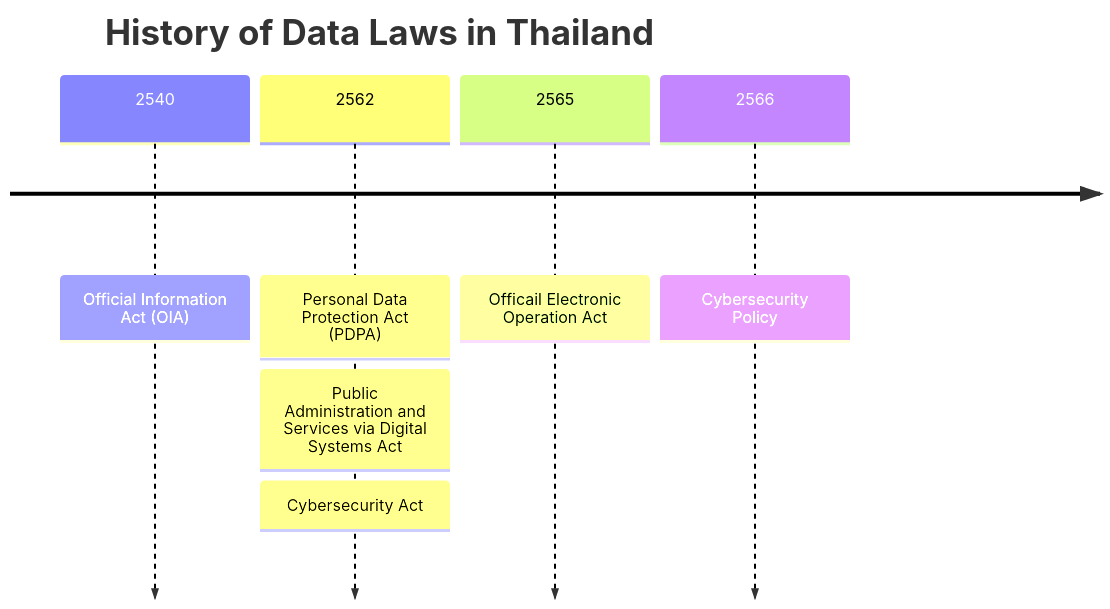
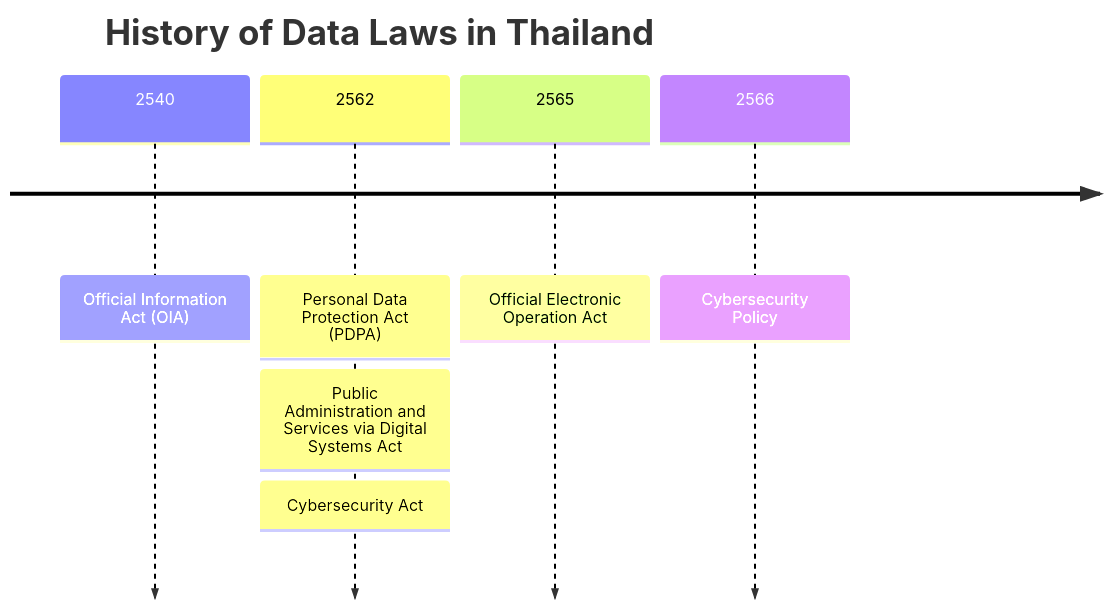
The first of 9 diagrams in README.md (Kietpawpan/pdpa), drawn with Mermaid before and after one commit.

````diff
--- a/README.md
+++ b/README.md
@@ -2,10 +2,10 @@
 ```mermaid
 timeline
     title History of Data Laws in Thailand
     2540 : Official Information Act (OIA)
     2562 : Personal Data Protection Act (PDPA)
          : Public Administration and Services via Digital Systems Act
 	 : Cybersecurity Act
-    2565 : Officail Electronic Operation Act
+    2565 : Official Electronic Operation Act
     2566 : Cybersecurity Policy
 ```
````
